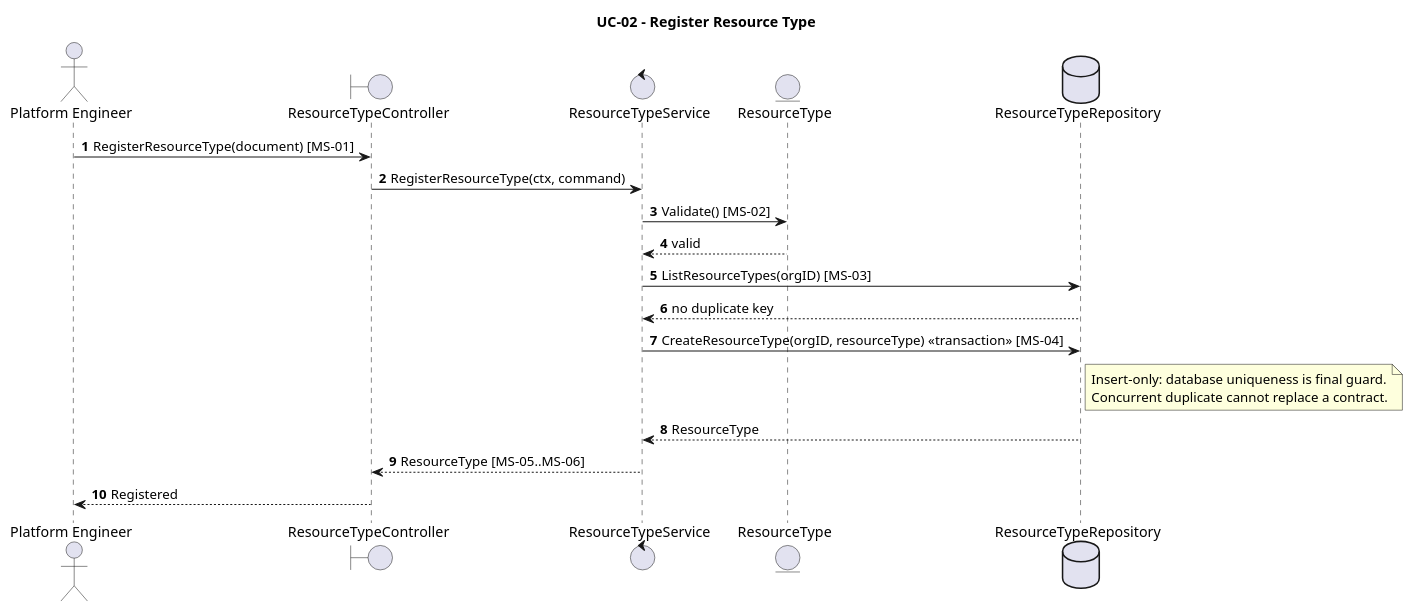
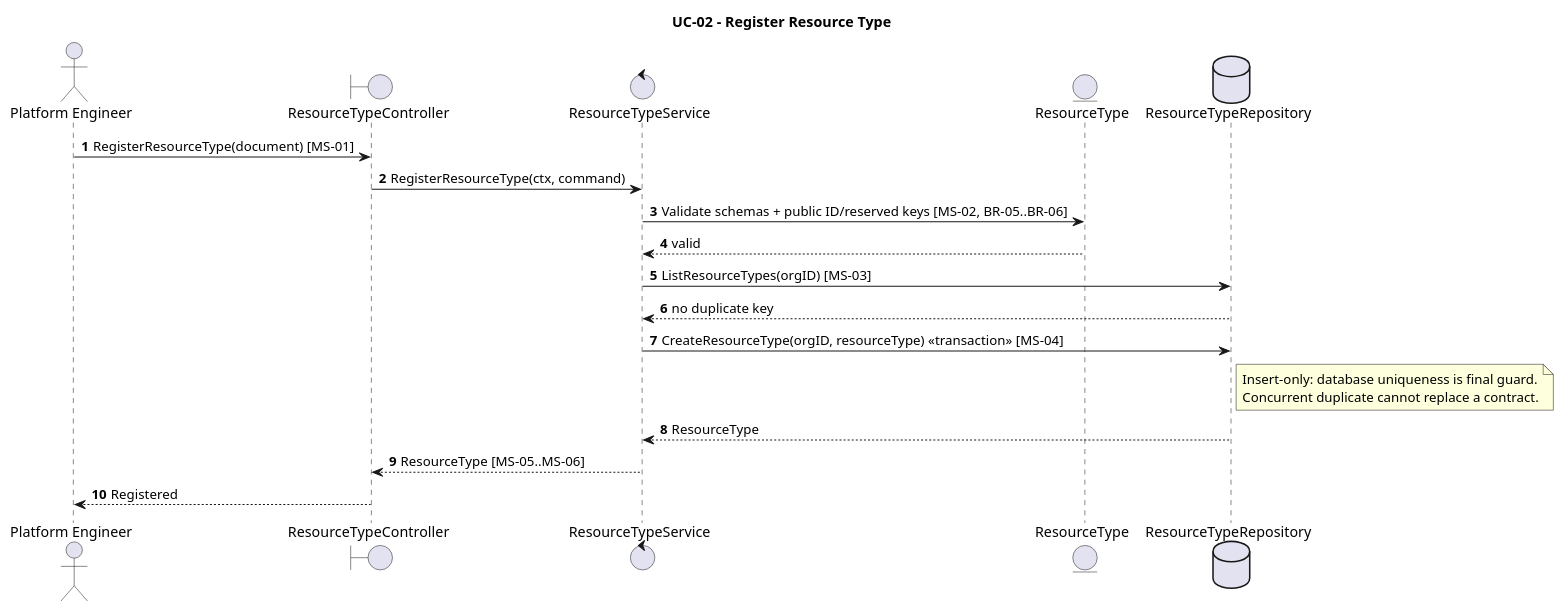
One commit to pr3s3nt/poc changed the diagram in orchestrator_docs/usecase/UC-02/sequence.puml. Above: the diagram before and after it, drawn with PlantUML. The commit also changed 43 other files, not shown here.

```diff
--- a/orchestrator_docs/usecase/UC-02/sequence.puml
+++ b/orchestrator_docs/usecase/UC-02/sequence.puml
@@ -1,24 +1,24 @@
 @startuml
 title UC-02 - Register Resource Type
 autonumber
 actor "Platform Engineer" as PE
 boundary ResourceTypeController as API
 control ResourceTypeService as Service
 entity ResourceType as Validator
 database ResourceTypeRepository as Repo
 
 PE -> API: RegisterResourceType(document) [MS-01]
 API -> Service: RegisterResourceType(ctx, command)
-Service -> Validator: Validate() [MS-02]
+Service -> Validator: Validate schemas + public ID/reserved keys [MS-02, BR-05..BR-06]
 Validator --> Service: valid
 Service -> Repo: ListResourceTypes(orgID) [MS-03]
 Repo --> Service: no duplicate key
 Service -> Repo: CreateResourceType(orgID, resourceType) <<transaction>> [MS-04]
 note right of Repo
 Insert-only: database uniqueness is final guard.
 Concurrent duplicate cannot replace a contract.
 end note
 Repo --> Service: ResourceType
 Service --> API: ResourceType [MS-05..MS-06]
 API --> PE: Registered
 @enduml
```
